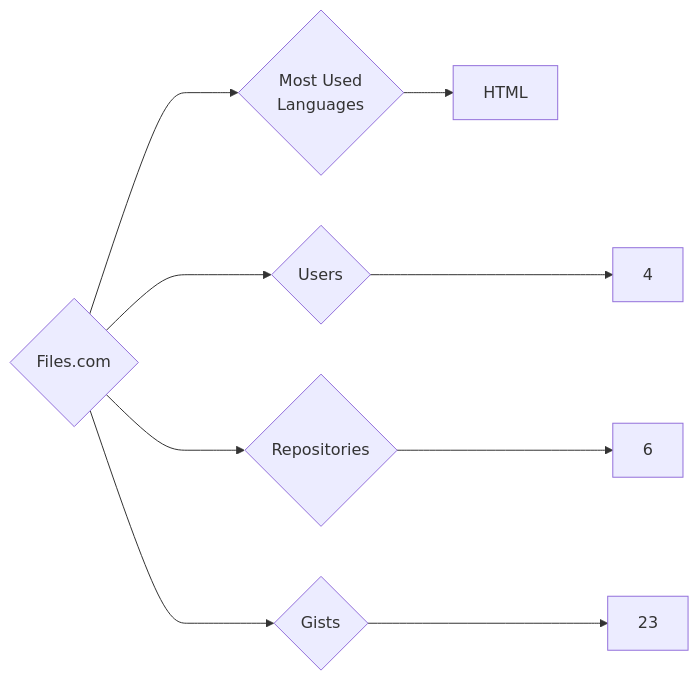
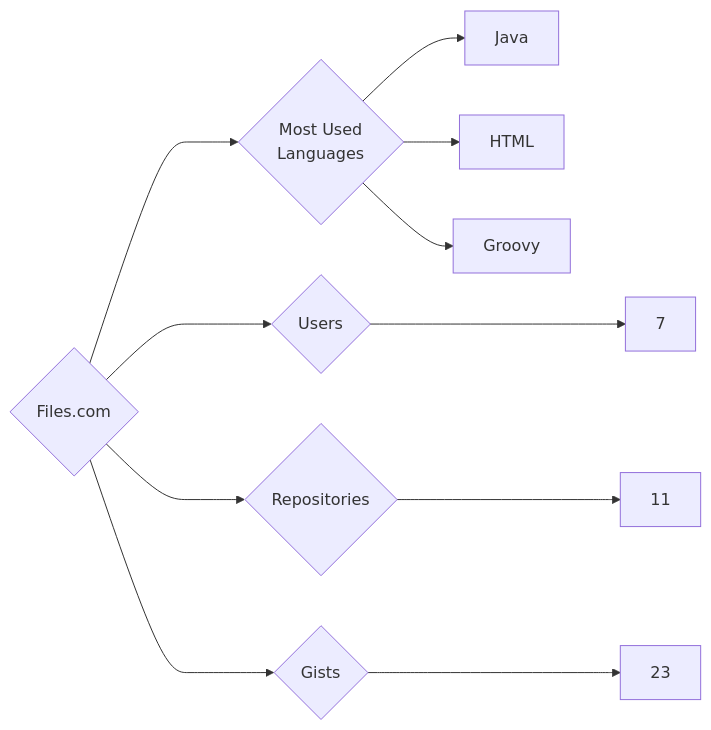
The diagram in targets/Files.com/README.md (trickest/insiders), drawn with Mermaid before and after one commit. The commit also changed 1167 other files, not shown here.

````diff
--- a/targets/Files.com/README.md
+++ b/targets/Files.com/README.md
@@ -3,9 +3,11 @@
 ```mermaid
 graph LR
 COMPANY_NAME{Files.com}
-COMPANY_NAME ---> U{Users} ---> UN[4]
-COMPANY_NAME ---> R{Repositories} ---> RN[6]
+COMPANY_NAME ---> U{Users} ---> UN[7]
+COMPANY_NAME ---> R{Repositories} ---> RN[11]
 COMPANY_NAME ---> G{Gists} ---> GN[23]
 COMPANY_NAME ---> ML{Most Used<br>Languages}
+ML --> Java[Java]
 ML --> HTML[HTML]
+ML --> Groovy[Groovy]
 ```
````
